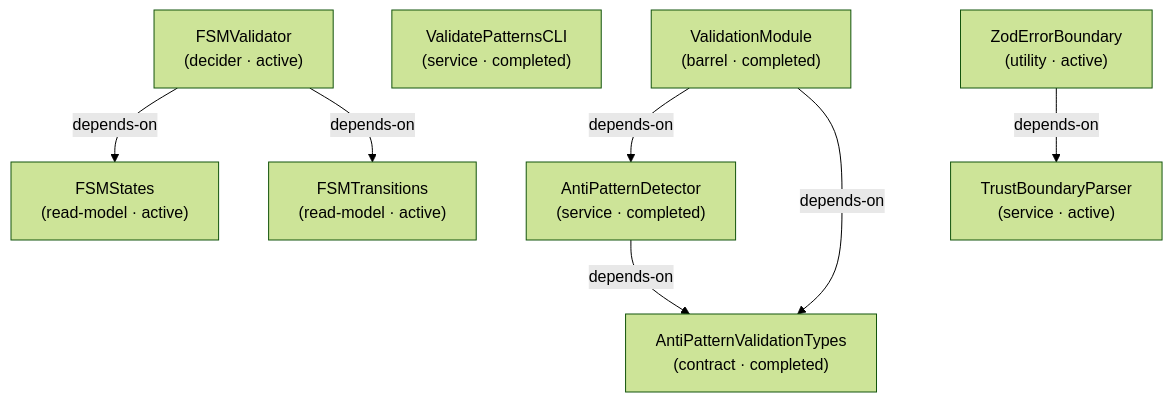
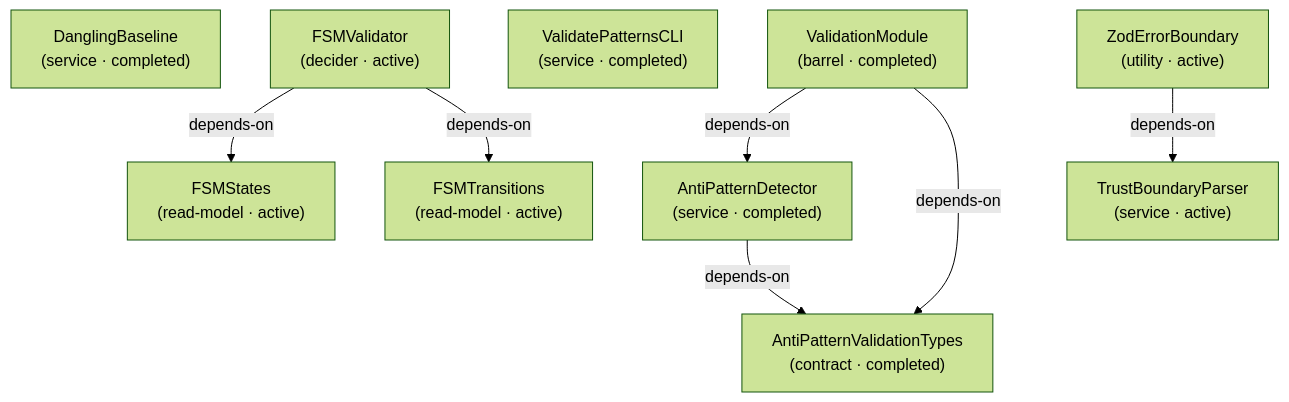
Before and after one commit to libar-dev/architect: diagram 22 of 24 in docs-live/DESIGN-REVIEW.md, drawn with Mermaid (forest theme). The commit also changed other lines of this file and 185 other files, not shown here.

Commit message:
refactor(architect): replace facade with frozen graph handle

````diff
--- a/docs-live/DESIGN-REVIEW.md
+++ b/docs-live/DESIGN-REVIEW.md
@@ -577,18 +577,19 @@
 ```mermaid
 graph TD
   antipatterndetector["AntiPatternDetector<br/>(service · completed)"]
   antipatternvalidationtypes["AntiPatternValidationTypes<br/>(contract · completed)"]
+  danglingbaseline["DanglingBaseline<br/>(service · completed)"]
   fsmstates["FSMStates<br/>(read-model · active)"]
   fsmtransitions["FSMTransitions<br/>(read-model · active)"]
   fsmvalidator["FSMValidator<br/>(decider · active)"]
   trustboundaryparser["TrustBoundaryParser<br/>(service · active)"]
   validatepatternscli["ValidatePatternsCLI<br/>(service · completed)"]
   validationmodule["ValidationModule<br/>(barrel · completed)"]
   zoderrorboundary["ZodErrorBoundary<br/>(utility · active)"]
   antipatterndetector -->|depends-on| antipatternvalidationtypes
   fsmvalidator -->|depends-on| fsmstates
   fsmvalidator -->|depends-on| fsmtransitions
   validationmodule -->|depends-on| antipatterndetector
   validationmodule -->|depends-on| antipatternvalidationtypes
   zoderrorboundary -->|depends-on| trustboundaryparser
 ```
````
